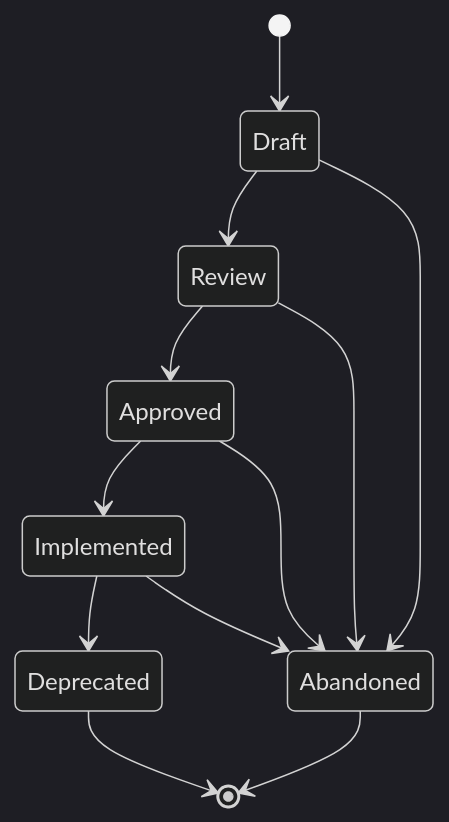
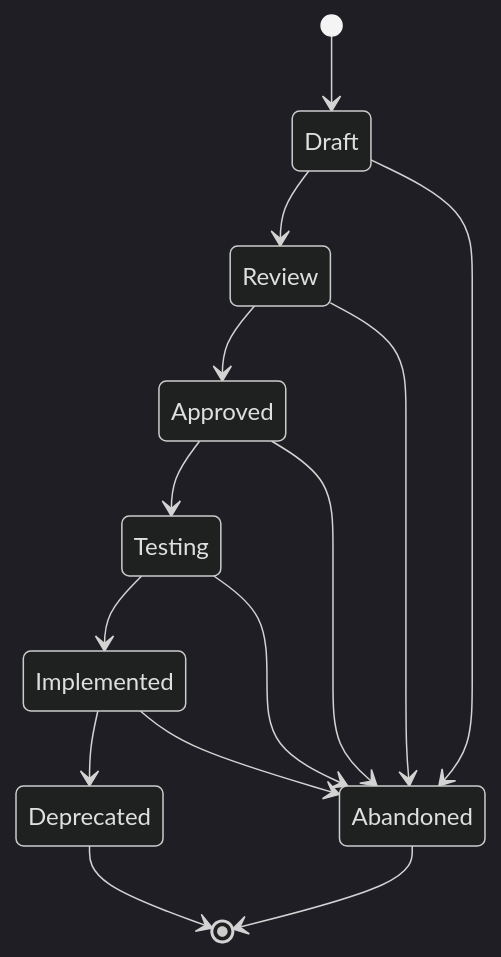
Before and after one commit to cristoslc/porthole: the diagram in .agents/skills/spec-management/references/spec-definition.md, drawn with Mermaid (dark theme). The commit also changed 3 other files, not shown here.

````diff
--- a/.agents/skills/spec-management/references/spec-definition.md
+++ b/.agents/skills/spec-management/references/spec-definition.md
@@ -5,14 +5,16 @@
 ```mermaid
 stateDiagram-v2
     [*] --> Draft
     Draft --> Review
     Review --> Approved
-    Approved --> Implemented
+    Approved --> Testing
+    Testing --> Implemented
     Implemented --> Deprecated
     Deprecated --> [*]
     Draft --> Abandoned
     Review --> Abandoned
     Approved --> Abandoned
+    Testing --> Abandoned
     Implemented --> Abandoned
     Abandoned --> [*]
 ```
````
